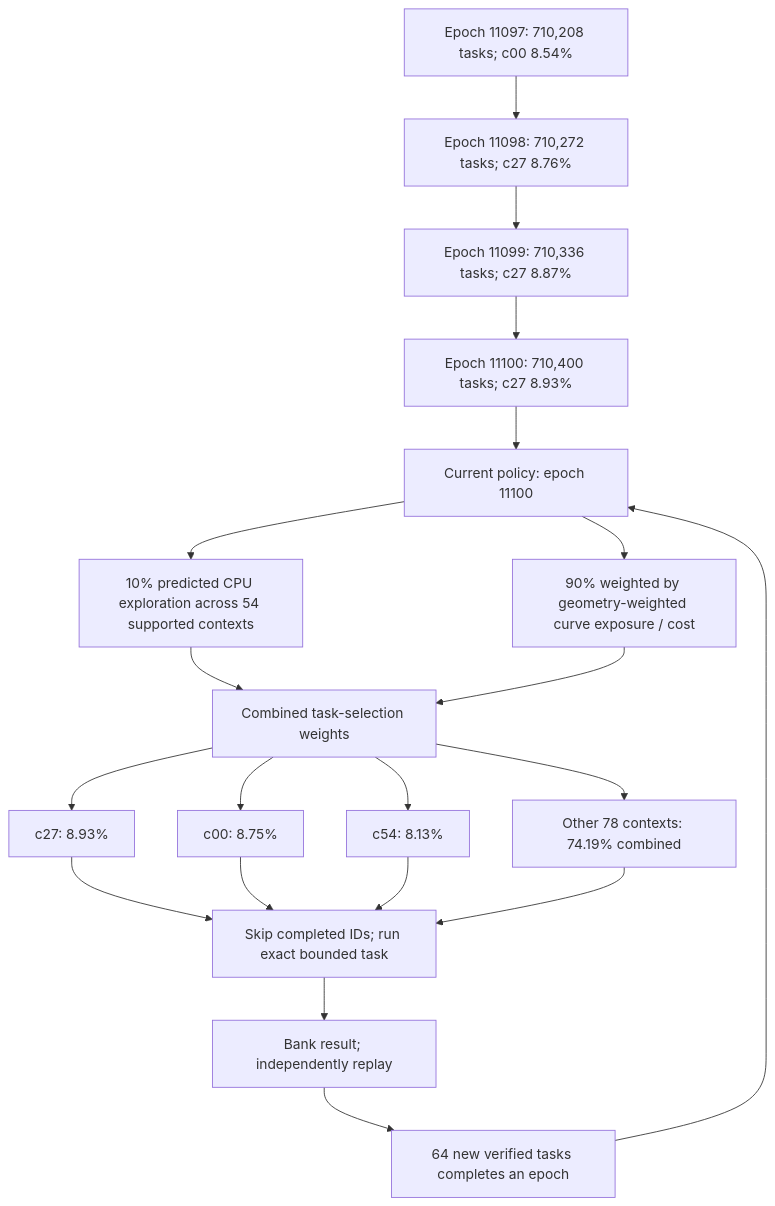
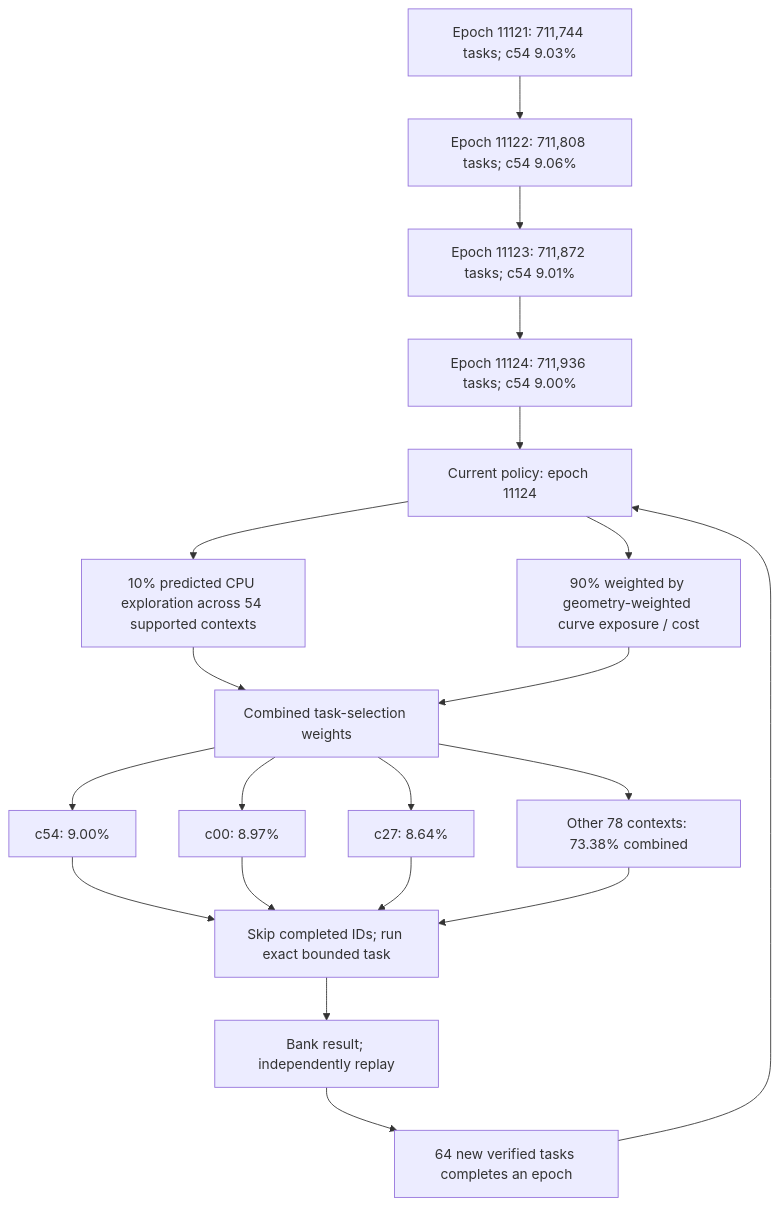
Before and after one commit to Kuberwastaken/math-gambling: the first of 4 diagrams in README.md, drawn with Mermaid. The commit also changed other lines of this file and 3230 other files, not shown here.

````diff
--- a/README.md
+++ b/README.md
@@ -60,27 +60,27 @@
 ```mermaid
 flowchart TD
-    H0["Epoch 11097: 710,208 tasks; c00 8.54%"]
-    H1["Epoch 11098: 710,272 tasks; c27 8.76%"]
+    H0["Epoch 11121: 711,744 tasks; c54 9.03%"]
+    H1["Epoch 11122: 711,808 tasks; c54 9.06%"]
     H0 --> H1
-    H2["Epoch 11099: 710,336 tasks; c27 8.87%"]
+    H2["Epoch 11123: 711,872 tasks; c54 9.01%"]
     H1 --> H2
-    H3["Epoch 11100: 710,400 tasks; c27 8.93%"]
+    H3["Epoch 11124: 711,936 tasks; c54 9.00%"]
     H2 --> H3
-    Policy["Current policy: epoch 11100"]
+    Policy["Current policy: epoch 11124"]
     H3 --> Policy
     Policy --> Explore["10% predicted CPU exploration across 54 supported contexts"]
     Policy --> Cost["90% weighted by geometry-weighted curve exposure / cost"]
     Explore --> Mix["Combined task-selection weights"]
     Cost --> Mix
-    Mix --> C0["c27: 8.93%"]
-    Mix --> C1["c00: 8.75%"]
-    Mix --> C2["c54: 8.13%"]
-    Mix --> Rest["Other 78 contexts: 74.19% combined"]
+    Mix --> C0["c54: 9.00%"]
+    Mix --> C1["c00: 8.97%"]
+    Mix --> C2["c27: 8.64%"]
+    Mix --> Rest["Other 78 contexts: 73.38% combined"]
     C0 --> Check["Skip completed IDs; run exact bounded task"]
     C1 --> Check
     C2 --> Check
     Rest --> Check
     Check --> Replay["Bank result; independently replay"]
     Replay --> Gate["64 new verified tasks completes an epoch"]
     Gate --> Policy
 ```
````
